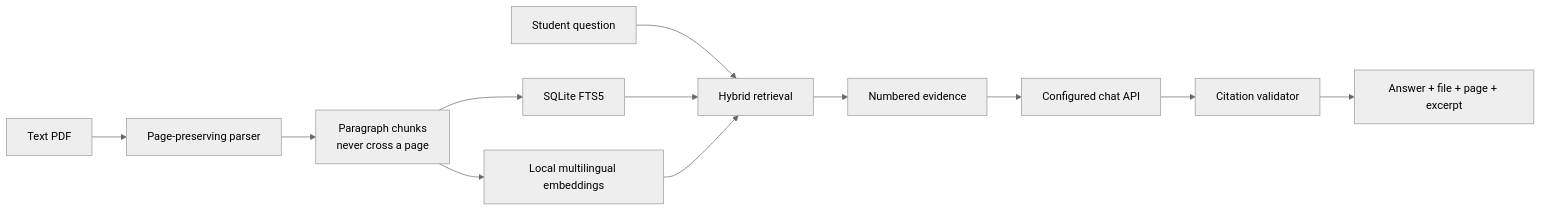
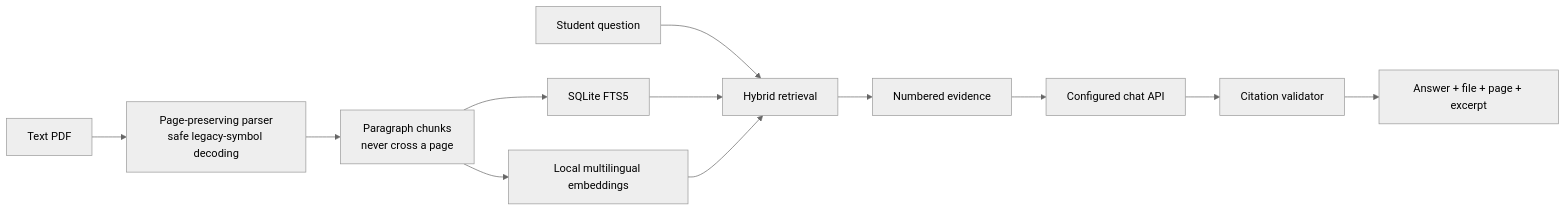
Before and after one commit to kenlau5678/CiteMind: the diagram in README.md, drawn with Mermaid (neutral theme). The commit also changed other lines of this file and 17 other files, not shown here.

````diff
--- a/README.md
+++ b/README.md
@@ -66,14 +71,14 @@
 ```mermaid
 flowchart LR
-    PDF["Text PDF"] --> Parse["Page-preserving parser"]
+    PDF["Text PDF"] --> Parse["Page-preserving parser<br/>safe legacy-symbol decoding"]
     Parse --> Chunks["Paragraph chunks<br/>never cross a page"]
     Chunks --> FTS["SQLite FTS5"]
     Chunks --> Local["Local multilingual embeddings"]
     Q["Student question"] --> Hybrid["Hybrid retrieval"]
     FTS --> Hybrid
     Local --> Hybrid
     Hybrid --> Evidence["Numbered evidence"]
     Evidence --> LLM["Configured chat API"]
     LLM --> Gate["Citation validator"]
     Gate --> UI["Answer + file + page + excerpt"]
 ```
````
